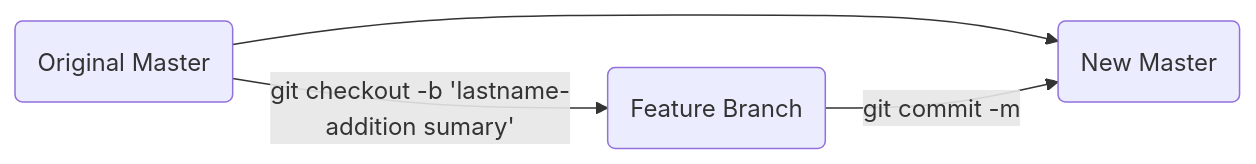
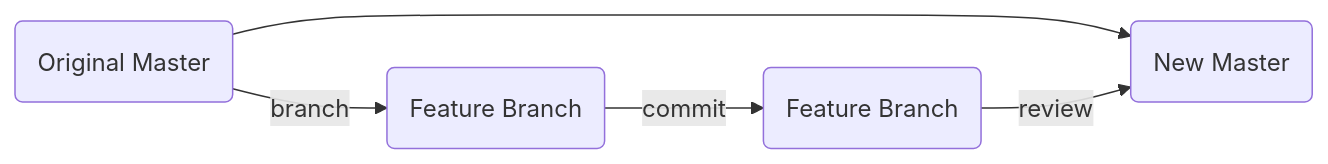
The diagram in README.md (john-telfeyan/self-paced-python-for-data-science), drawn with Mermaid before and after one commit. The commit also changed other lines of this file, not shown here.

Commit message:
README.md updated from https://stackedit.io/

````diff
--- a/README.md
+++ b/README.md
@@ -32,7 +32,8 @@
 ```mermaid
 graph LR
 A(Original Master) --> D(New Master)
-A -- git checkout -b 'lastname-addition sumary' --> C(Feature Branch)
+A -- branch --> C(Feature Branch)
 
-C -- git commit -m  --> D
+C -- commit  --> E(Feature Branch)
+E -- review --> D
 ```
````
